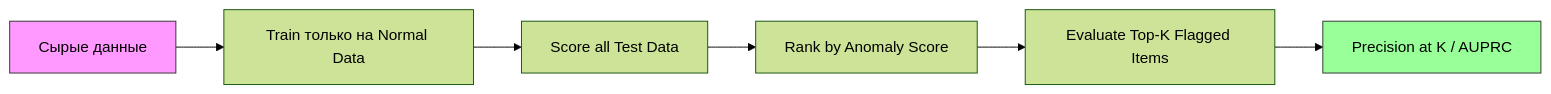
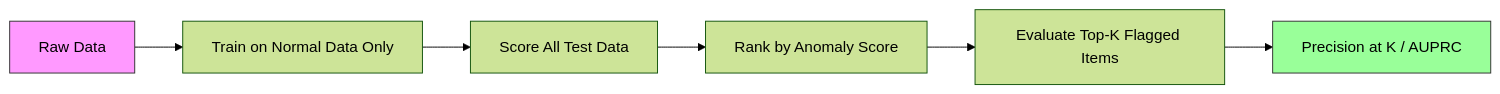
Before and after one commit to stabuev/ai-engineering-from-scratch: the third of 3 diagrams in phases/02-ml-fundamentals/16-anomaly-detection/docs/ru.md, drawn with Mermaid (forest theme). The commit also changed other lines of this file and 182 other files, not shown here.

````diff
--- a/phases/02-ml-fundamentals/16-anomaly-detection/docs/ru.md
+++ b/phases/02-ml-fundamentals/16-anomaly-detection/docs/ru.md
@@ -204,11 +204,11 @@
 ```mermaid
 flowchart LR
-    A[Сырые данные] --> B[Train только на Normal Data]
-    B --> C[Score all Test Data]
+    A[Raw Data] --> B[Train on Normal Data Only]
+    B --> C[Score All Test Data]
     C --> D[Rank by Anomaly Score]
     D --> E[Evaluate Top-K Flagged Items]
     E --> F[Precision at K / AUPRC]
 
     style A fill:#f9f,stroke:#333
     style F fill:#9f9,stroke:#333
 ```
````
